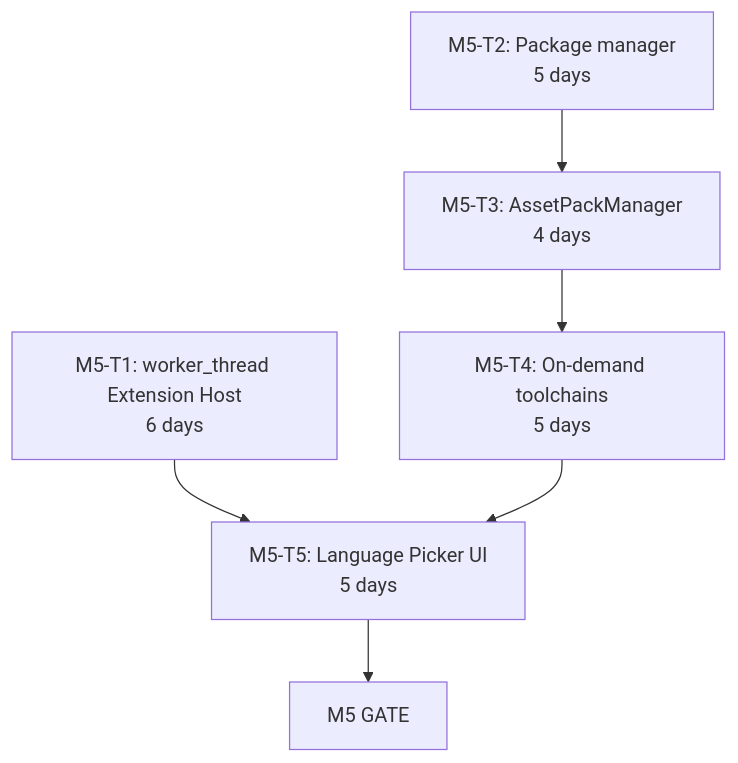
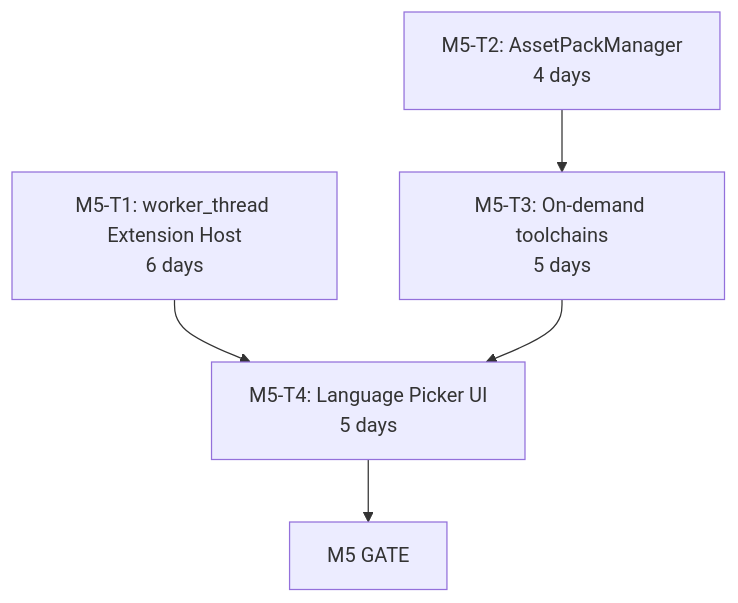
One commit to rmyndharis/VSCodroid changed the eighth of 9 diagrams in docs/12-IMPLEMENTATION_PLAN.md. Above: the diagram before and after it, drawn with Mermaid. The commit also changed other lines of this file and 1 other file, not shown here.

````diff
--- a/docs/12-IMPLEMENTATION_PLAN.md
+++ b/docs/12-IMPLEMENTATION_PLAN.md
@@ -1784,8 +1783,7 @@
 ```mermaid
 flowchart TD
-  M5T1["M5-T1: worker_thread Extension Host<br/>6 days"] --> M5T5["M5-T5: Language Picker UI<br/>5 days"]
-  M5T2["M5-T2: Package manager<br/>5 days"] --> M5T3["M5-T3: AssetPackManager<br/>4 days"]
-  M5T3 --> M5T4["M5-T4: On-demand toolchains<br/>5 days"]
-  M5T4 --> M5T5
-  M5T5 --> M5GATE["M5 GATE"]
+  M5T1["M5-T1: worker_thread Extension Host<br/>6 days"] --> M5T4["M5-T4: Language Picker UI<br/>5 days"]
+  M5T2["M5-T2: AssetPackManager<br/>4 days"] --> M5T3["M5-T3: On-demand toolchains<br/>5 days"]
+  M5T3 --> M5T4
+  M5T4 --> M5GATE["M5 GATE"]
 ```
````
